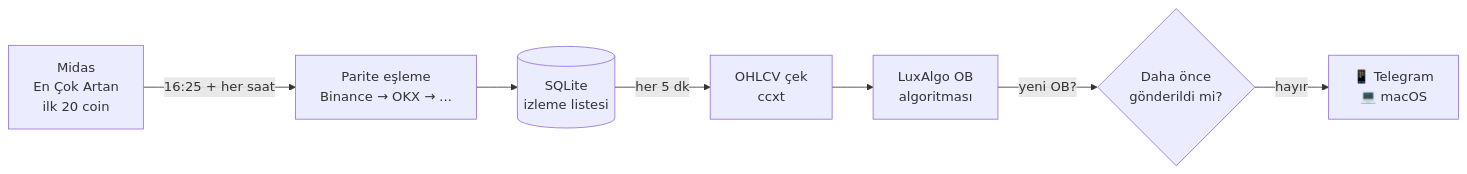
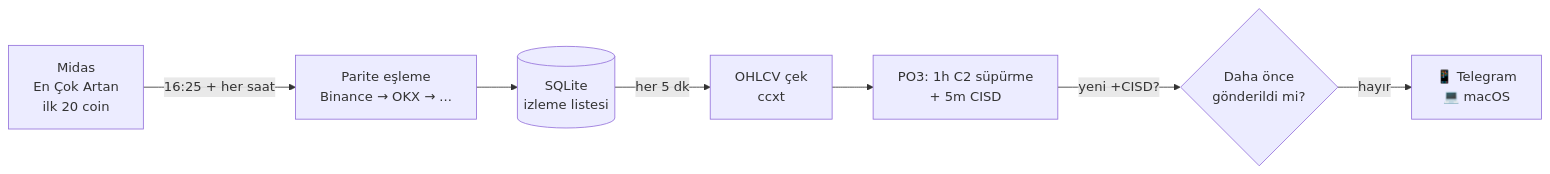
Before and after one commit to miracxdev/midas-ob-alert-bot: the diagram in README.md, drawn with Mermaid. The commit also changed other lines of this file and 13 other files, not shown here.

````diff
--- a/README.md
+++ b/README.md
@@ -58,9 +58,9 @@
 ```mermaid
 flowchart LR
     A[Midas<br/>En Çok Artan<br/>ilk 20 coin] -->|16:25 + her saat| B[Parite eşleme<br/>Binance → OKX → ...]
     B --> C[(SQLite<br/>izleme listesi)]
     C -->|her 5 dk| D[OHLCV çek<br/>ccxt]
-    D --> E[LuxAlgo OB<br/>algoritması]
-    E -->|yeni OB?| F{Daha önce<br/>gönderildi mi?}
+    D --> E[PO3: 1h C2 süpürme<br/>+ 5m CISD]
+    E -->|yeni +CISD?| F{Daha önce<br/>gönderildi mi?}
     F -->|hayır| G[📱 Telegram<br/>💻 macOS]
 ```
````
